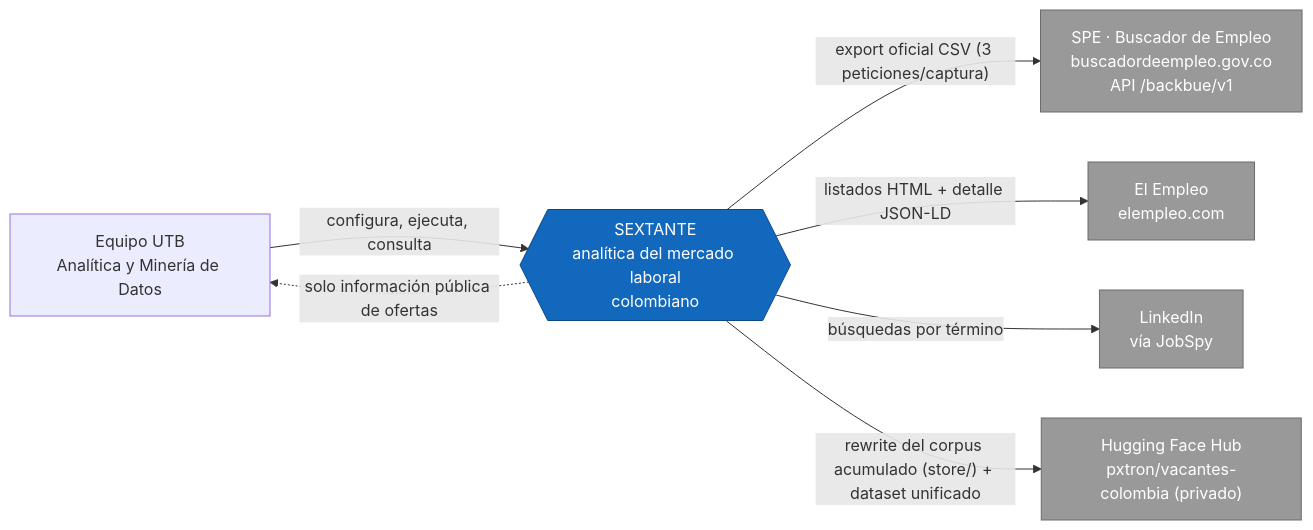
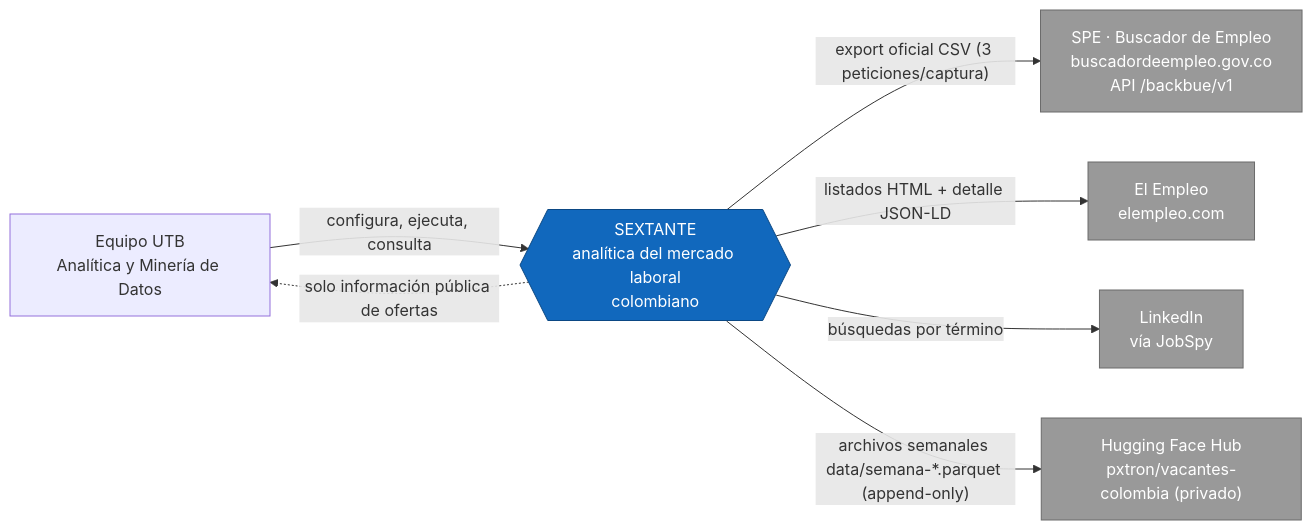
One commit to shalom-A26/SEXTANTE changed the first of 8 diagrams in docs/arquitectura.md. Above: the diagram before and after it, drawn with Mermaid. The commit also changed other lines of this file and 9 other files, not shown here.

````diff
--- a/docs/arquitectura.md
+++ b/docs/arquitectura.md
@@ -42,21 +44,21 @@
 ```mermaid
 flowchart LR
     u["Equipo UTB<br/>Analítica y Minería de Datos"]
     s{{"SEXTANTE<br/>analítica del mercado laboral<br/>colombiano"}}
     spe["SPE · Buscador de Empleo<br/>buscadordeempleo.gov.co<br/>API /backbue/v1"]
     ee["El Empleo<br/>elempleo.com"]
     li["LinkedIn<br/>vía JobSpy"]
     hf["Hugging Face Hub<br/>pxtron/vacantes-colombia (privado)"]
 
     u -->|configura, ejecuta, consulta| s
     s -->|"export oficial CSV (3 peticiones/captura)"| spe
     s -->|"listados HTML + detalle JSON-LD"| ee
     s -->|"búsquedas por término"| li
-    s -->|"rewrite del corpus acumulado (store/) + dataset unificado"| hf
+    s -->|"archivos semanales data/semana-*.parquet (append-only)"| hf
     s -.->|"solo información pública de ofertas"| u
 
     classDef sist fill:#1168bd,color:#fff,stroke:#0b4884;
     classDef ext fill:#999999,color:#fff,stroke:#6b6b6b;
     class s sist;
     class spe,ee,li,hf ext;
 ```
````
